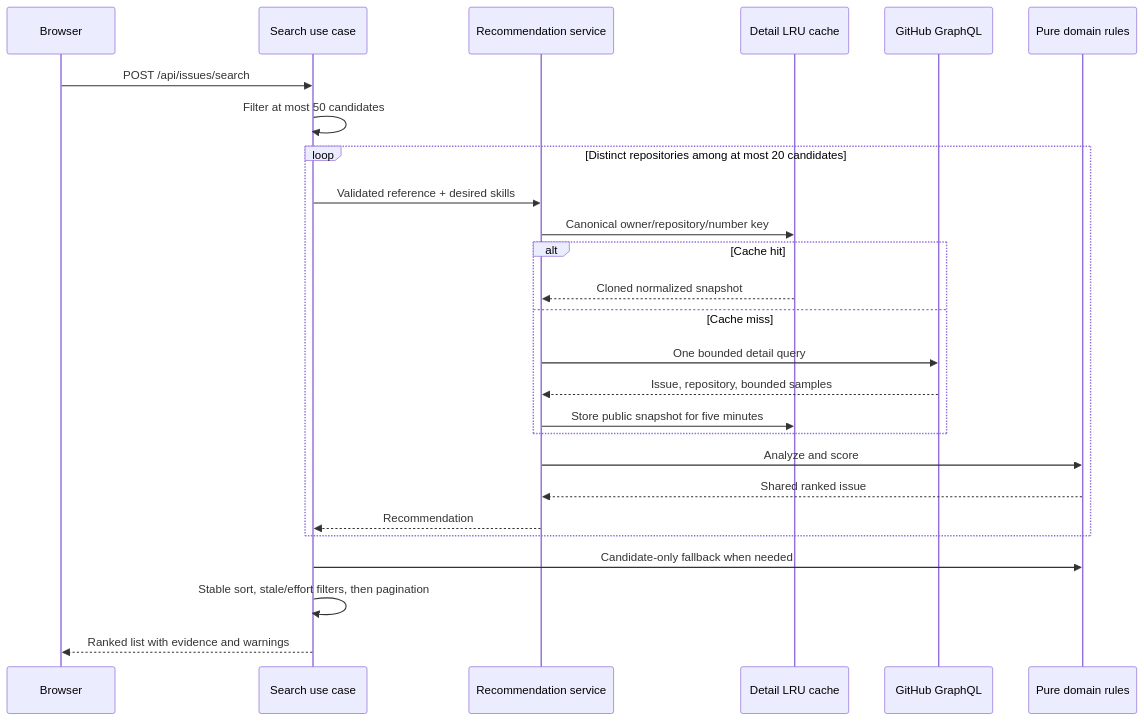
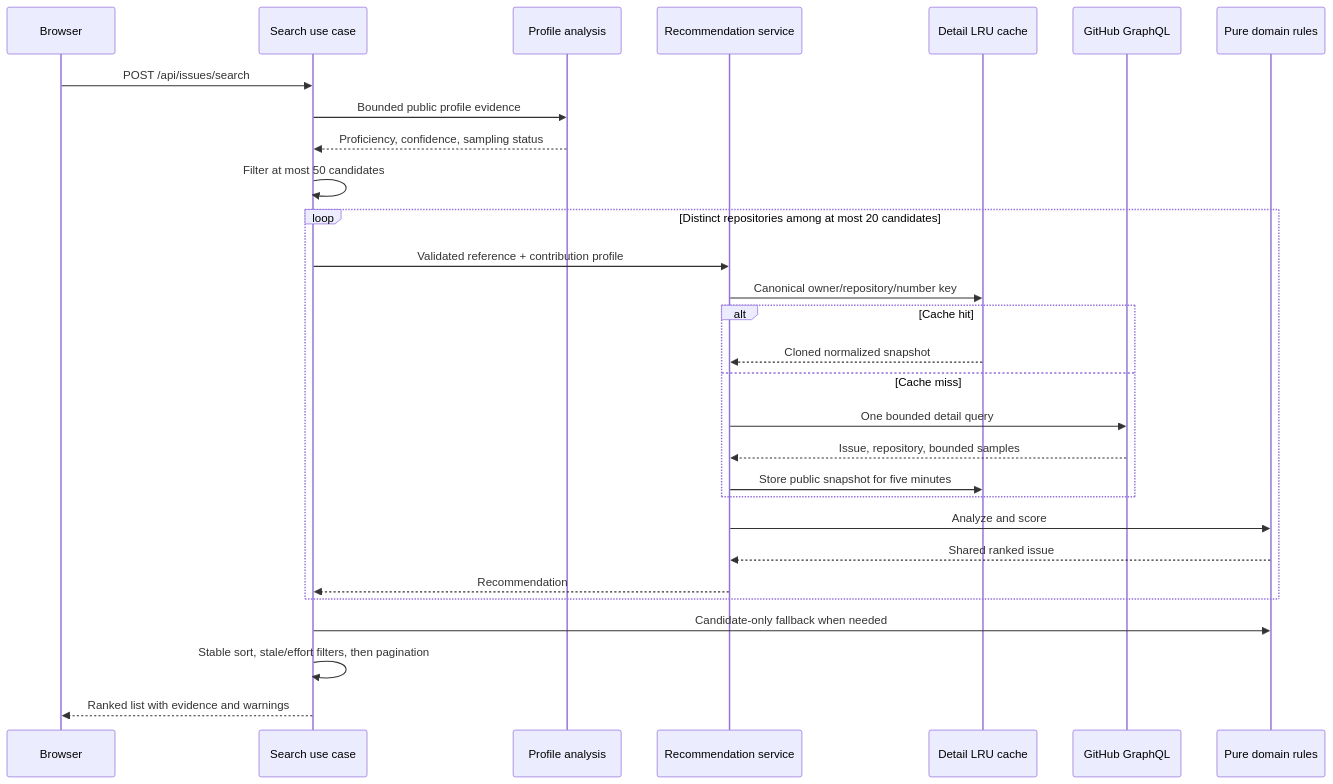
Before and after one commit to tensho1026/github-oss-search: the diagram in docs/issue-recommendations.md, drawn with Mermaid. The commit also changed other lines of this file and 24 other files, not shown here.

````diff
--- a/docs/issue-recommendations.md
+++ b/docs/issue-recommendations.md
@@ -10,29 +10,32 @@
 ```mermaid
 sequenceDiagram
     participant Browser
     participant Search as Search use case
+    participant Profile as Profile analysis
     participant Detail as Recommendation service
     participant Cache as Detail LRU cache
     participant GitHub as GitHub GraphQL
     participant Rules as Pure domain rules
 
     Browser->>Search: POST /api/issues/search
+    Search->>Profile: Bounded public profile evidence
+    Profile-->>Search: Proficiency, confidence, sampling status
     Search->>Search: Filter at most 50 candidates
     loop Distinct repositories among at most 20 candidates
-        Search->>Detail: Validated reference + desired skills
+        Search->>Detail: Validated reference + contribution profile
         Detail->>Cache: Canonical owner/repository/number key
         alt Cache hit
             Cache-->>Detail: Cloned normalized snapshot
         else Cache miss
             Detail->>GitHub: One bounded detail query
             GitHub-->>Detail: Issue, repository, bounded samples
             Detail->>Cache: Store public snapshot for five minutes
         end
         Detail->>Rules: Analyze and score
         Rules-->>Detail: Shared ranked issue
         Detail-->>Search: Recommendation
     end
     Search->>Rules: Candidate-only fallback when needed
     Search->>Search: Stable sort, stale/effort filters, then pagination
     Search-->>Browser: Ranked list with evidence and warnings
 ```
````
